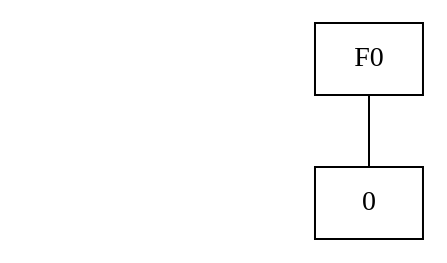
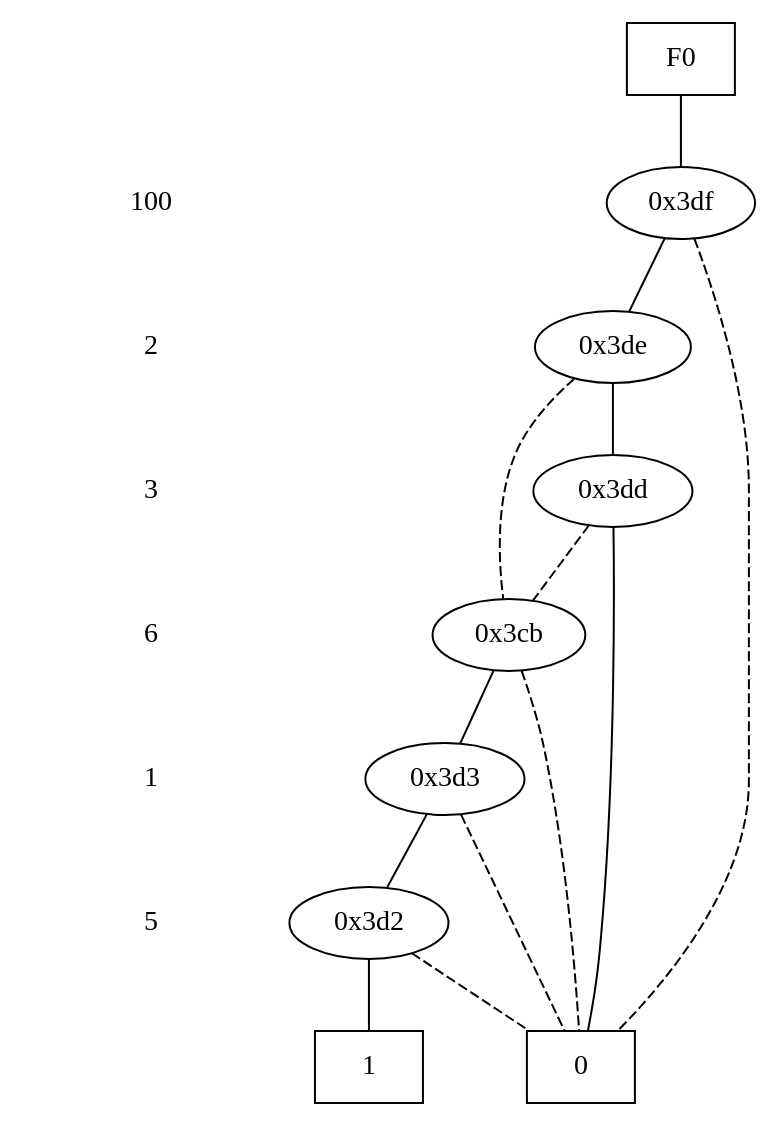
The diagram in after_reorder.dot (Vraier/planDD), drawn with Graphviz before and after one commit. The commit also changed 13 other files, not shown here.

```diff
--- a/after_reorder.dot
+++ b/after_reorder.dot
@@ -1,18 +1,50 @@
 digraph "DD" {
 size = "7.5,10"
 center = true;
 edge [dir = none];
 { node [shape = plaintext];
   edge [style = invis];
   "CONST NODES" [style = invis];
-"CONST NODES"; 
+" 100 " -> " 2 " -> " 3 " -> " 6 " -> " 1 " -> " 5 " -> "CONST NODES"; 
 }
 { rank = same; node [shape = box]; edge [style = invis];
 "F0"; }
+{ rank = same; " 100 ";
+"0x3df";
+}
+{ rank = same; " 2 ";
+"0x3de";
+}
+{ rank = same; " 3 ";
+"0x3dd";
+}
+{ rank = same; " 6 ";
+"0x3cb";
+}
+{ rank = same; " 1 ";
+"0x3d3";
+}
+{ rank = same; " 5 ";
+"0x3d2";
+}
 { rank = same; "CONST NODES";
-{ node [shape = box]; "0";
+{ node [shape = box]; "0x362";
+"0x361";
 }
 }
-"F0" -> "0" [style = solid];
-"0" [label = "0"];
+"F0" -> "0x3df" [style = solid];
+"0x3df" -> "0x3de";
+"0x3df" -> "0x362" [style = dashed];
+"0x3de" -> "0x3dd";
+"0x3de" -> "0x3cb" [style = dashed];
+"0x3dd" -> "0x362";
+"0x3dd" -> "0x3cb" [style = dashed];
+"0x3cb" -> "0x3d3";
+"0x3cb" -> "0x362" [style = dashed];
+"0x3d3" -> "0x3d2";
+"0x3d3" -> "0x362" [style = dashed];
+"0x3d2" -> "0x361";
+"0x3d2" -> "0x362" [style = dashed];
+"0x362" [label = "0"];
+"0x361" [label = "1"];
 }
```
